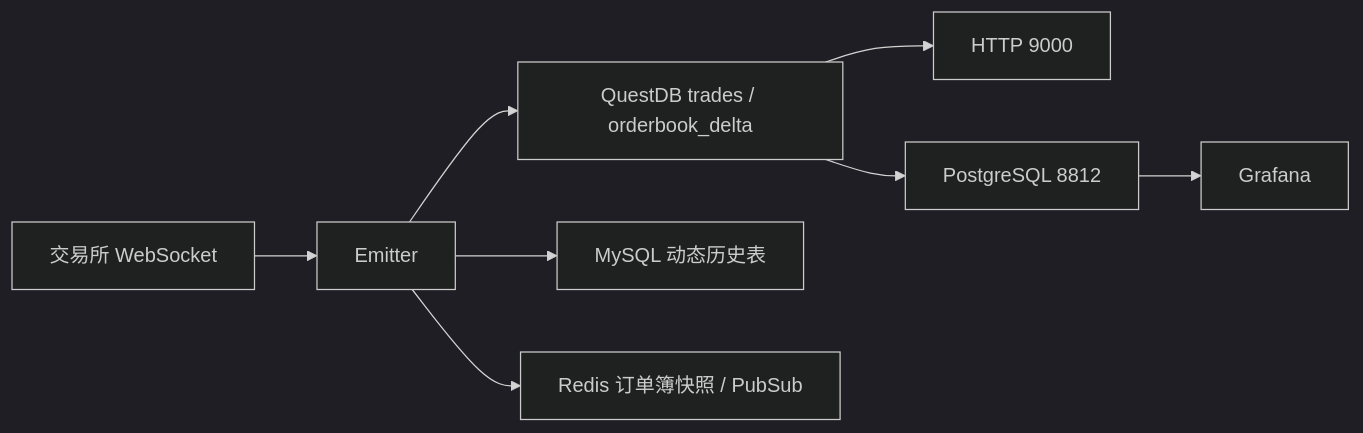
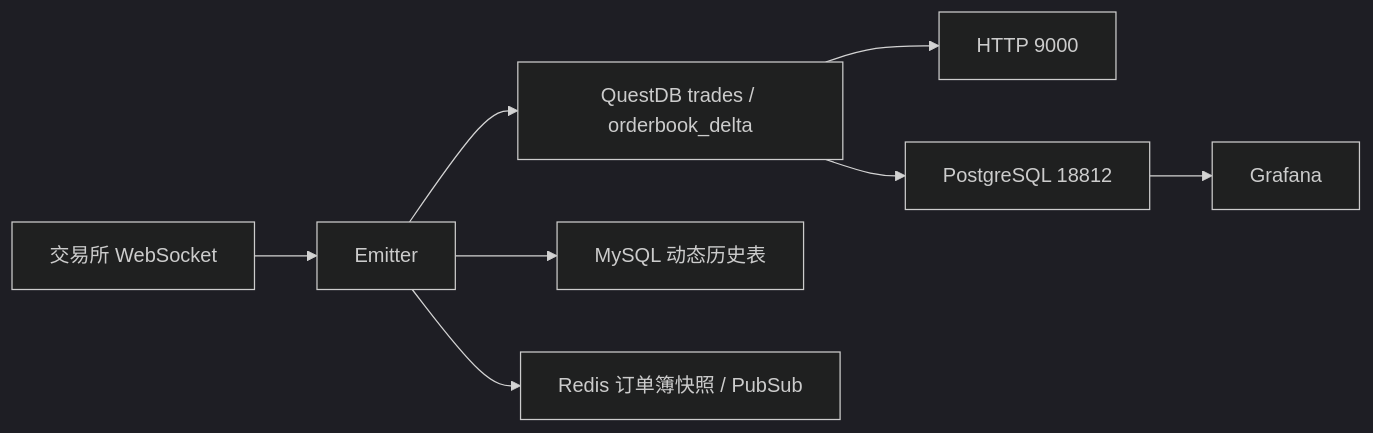
Before and after one commit to 914025636/DataSynchronizer: the diagram in DATA-ACCESS-GUIDE.md, drawn with Mermaid (dark theme). The commit also changed other lines of this file and 63 other files, not shown here.

````diff
--- a/DATA-ACCESS-GUIDE.md
+++ b/DATA-ACCESS-GUIDE.md
@@ -287,10 +329,10 @@
 ```mermaid
 flowchart LR
   A[交易所 WebSocket] --> B[Emitter]
   B --> C[QuestDB trades / orderbook_delta]
   B --> D[MySQL 动态历史表]
   B --> E[Redis 订单簿快照 / PubSub]
   C --> F[HTTP 9000]
-  C --> G[PostgreSQL 8812]
+  C --> G[PostgreSQL 18812]
   G --> H[Grafana]
 ```
````
